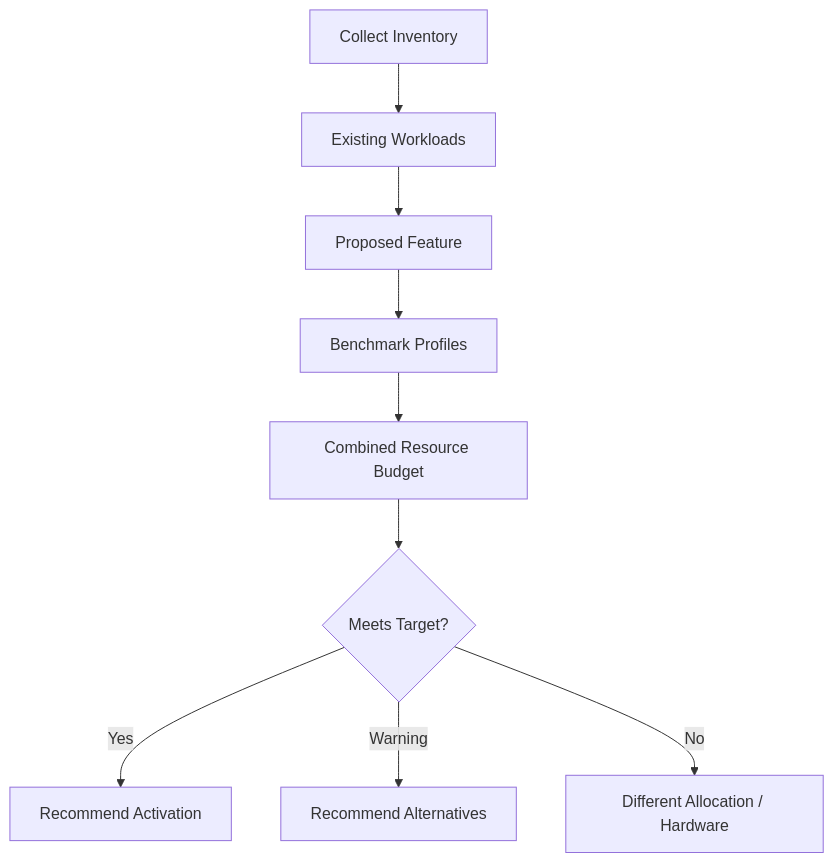
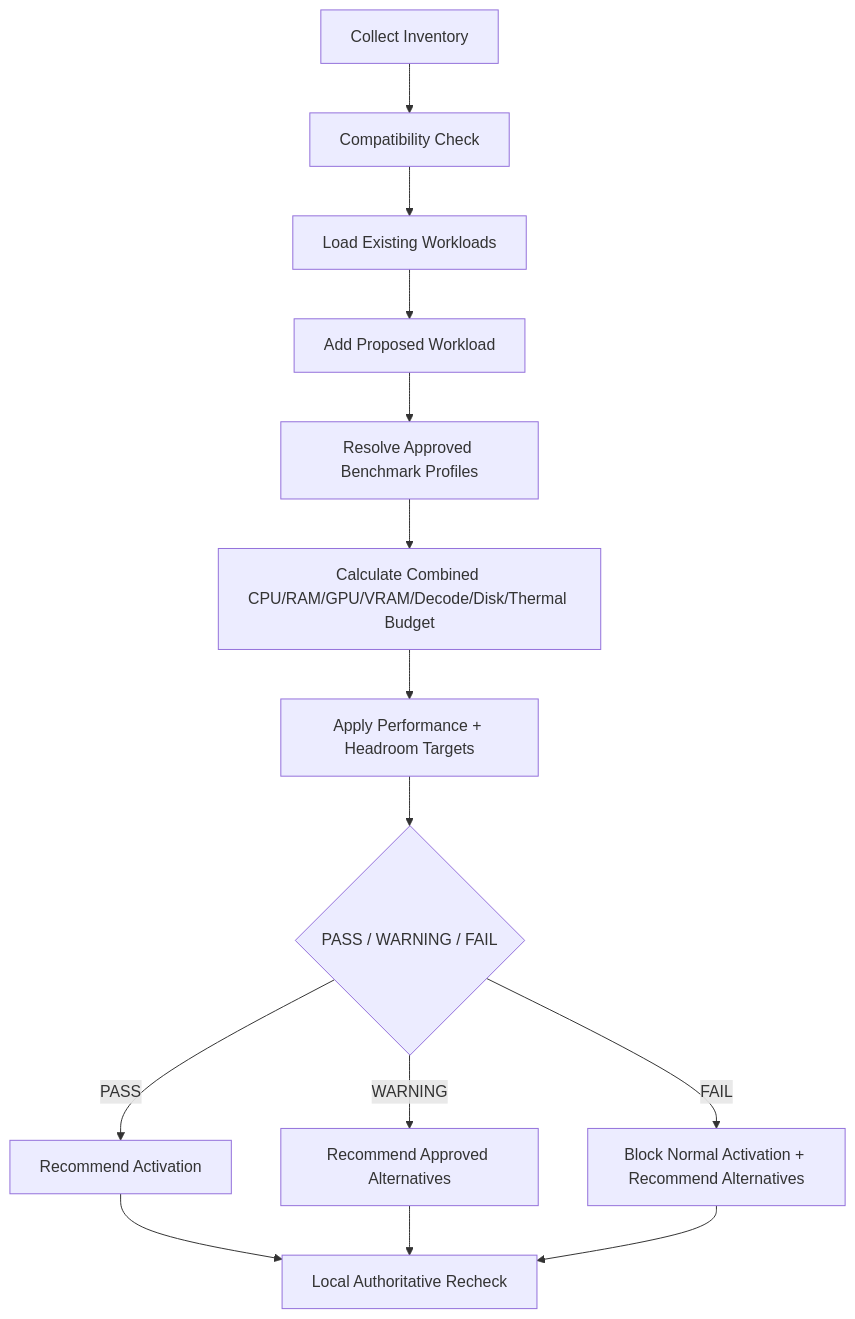
One commit to Niranjan1005/lms changed the diagram in docs/capacity/planning.md. Above: the diagram before and after it, drawn with Mermaid. The commit also changed other lines of this file, not shown here.

Commit message:
docs: complete combined workload planning outputs

```diff
--- a/docs/capacity/planning.md
+++ b/docs/capacity/planning.md
@@ -3,11 +5,16 @@
 ~~~mermaid
 flowchart TD
-    A[Collect Inventory] --> B[Existing Workloads]
-    B --> C[Proposed Feature]
-    C --> D[Benchmark Profiles]
-    D --> E[Combined Resource Budget]
-    E --> F{Meets Target?}
-    F -->|Yes| G[Recommend Activation]
-    F -->|Warning| H[Recommend Alternatives]
-    F -->|No| I[Different Allocation / Hardware]
+    A[Collect Inventory] --> B[Compatibility Check]
+    B --> C[Load Existing Workloads]
+    C --> D[Add Proposed Workload]
+    D --> E[Resolve Approved Benchmark Profiles]
+    E --> F[Calculate Combined CPU/RAM/GPU/VRAM/Decode/Disk/Thermal Budget]
+    F --> G[Apply Performance + Headroom Targets]
+    G --> H{PASS / WARNING / FAIL}
+    H -->|PASS| I[Recommend Activation]
+    H -->|WARNING| J[Recommend Approved Alternatives]
+    H -->|FAIL| K[Block Normal Activation + Recommend Alternatives]
+    I --> L[Local Authoritative Recheck]
+    J --> L
+    K --> L
 ~~~
```
